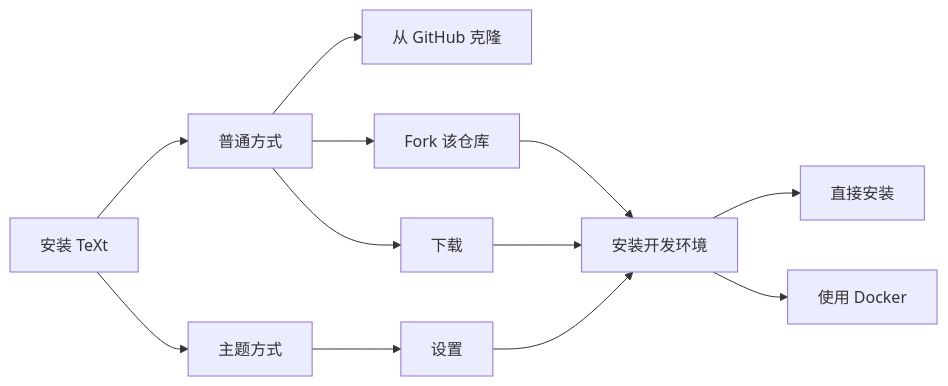
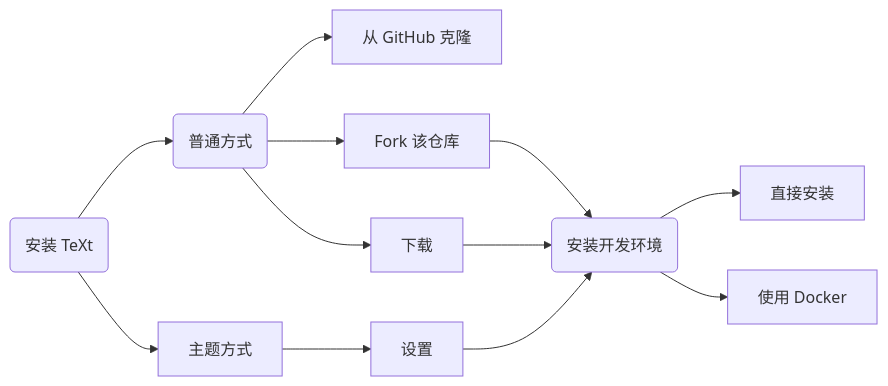
One commit to hillaryyang/hillaryyang.github.io changed the diagram in docs/_docs/zh/1.1-quick-start.md. Above: the diagram before and after it, drawn with Mermaid. The commit also changed 30 other files, not shown here.

````diff
--- a/docs/_docs/zh/1.1-quick-start.md
+++ b/docs/_docs/zh/1.1-quick-start.md
@@ -13,24 +13,24 @@
 ```mermaid
 graph LR;
-    A0[安装 TeXt]
-    B0[普通方式]
+    A0(安装 TeXt)
+    B0(普通方式)
     B1[主题方式]
     C0[从 GitHub 克隆]
     C1[Fork 该仓库]
     C2[下载]
     D0[设置]
-    E0[安装开发环境]
+    E0(安装开发环境)
     F0[直接安装]
     F1[使用 Docker]
     A0-->B0;
     A0-->B1;
     B0-->C0;
     B0-->C1;
     B0-->C2;
     B1-->D0;
     C1-->E0
     C2-->E0
     D0-->E0
     E0-->F0
     E0-->F1
 ```
````
